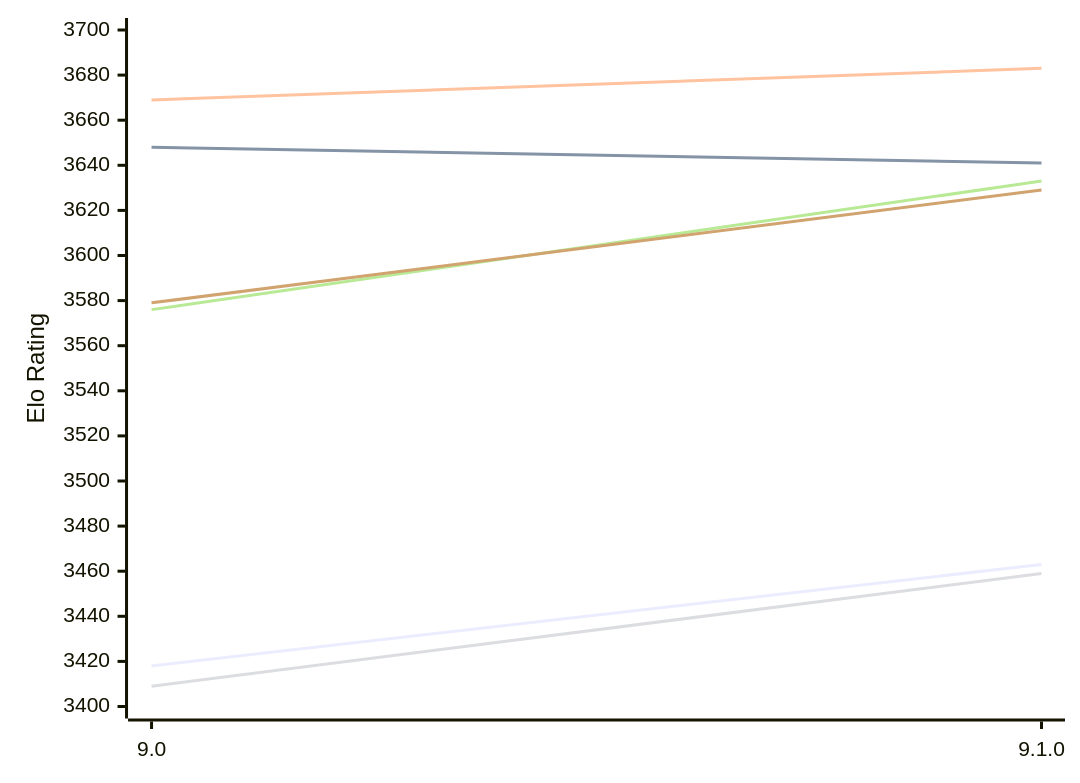
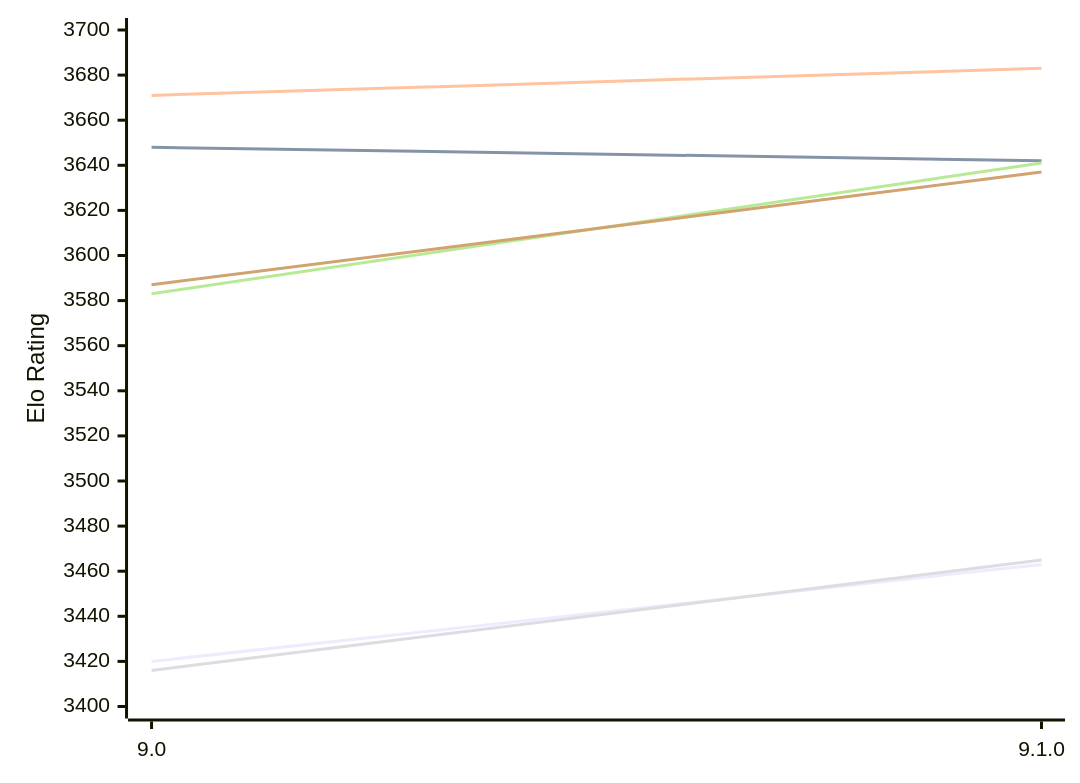
Before and after one commit to computer-chess-index/cci: the first of 2 diagrams in engines/Alexandria.md, drawn with Mermaid. The commit also changed other lines of this file, not shown here.

Commit message:
Update CCI Ratings (ELO VLTC) - 2026-11-25

````diff
--- a/engines/Alexandria.md
+++ b/engines/Alexandria.md
@@ -54,12 +54,12 @@
 ```mermaid
 %%{init: {"theme":"base","themeVariables":{"seriesColors:['#a3a3a3','#222221','#faa371']}}}%%
 xychart-beta
   x-axis ["9.0", "9.1.0"]
   y-axis "Elo Rating" 3400 --> 3700
-  line "E1: STC (8.0+0.08s)" [3418, 3463]
-  line "E1: LTC (60.0+0.60s)" [3648, 3641]
-  line "E1: VLTC (2m24s+1.12s)" [3669, 3683]
-  line "P1: STC (8.0+0.08s)" [3409, 3459]
-  line "P1: LTC (60.0+0.60s)" [3576, 3633]
-  line "P1: VLTC (2m24s+1.12s)" [3579, 3629]
+  line "E1: STC (8.0+0.08s)" [3420, 3463]
+  line "E1: LTC (60.0+0.60s)" [3648, 3642]
+  line "E1: VLTC (2m24s+1.12s)" [3671, 3683]
+  line "P1: STC (8.0+0.08s)" [3416, 3465]
+  line "P1: LTC (60.0+0.60s)" [3583, 3641]
+  line "P1: VLTC (2m24s+1.12s)" [3587, 3637]
 ```
````
